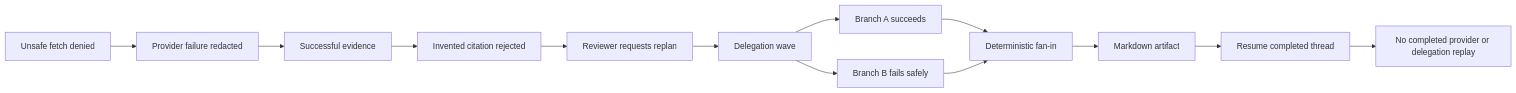
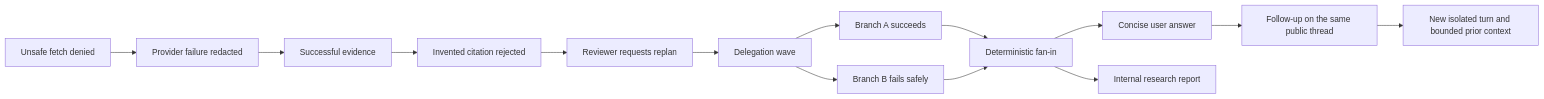
The third of 3 diagrams in README.md (hhtuann/mini-deerflow), drawn with Mermaid before and after one commit. The commit also changed other lines of this file and 46 other files, not shown here.

````diff
--- a/README.md
+++ b/README.md
@@ -160,15 +180,16 @@
 ```mermaid
 flowchart LR
     Unsafe[Unsafe fetch denied] --> Failure[Provider failure redacted]
     Failure --> Evidence[Successful evidence]
     Evidence --> Citation[Invented citation rejected]
     Citation --> Replan[Reviewer requests replan]
     Replan --> Wave[Delegation wave]
     Wave --> A[Branch A succeeds]
     Wave --> B[Branch B fails safely]
     A --> FanIn[Deterministic fan-in]
     B --> FanIn
-    FanIn --> Artifact[Markdown artifact]
-    Artifact --> Resume[Resume completed thread]
-    Resume --> NoReplay[No completed provider or delegation replay]
+    FanIn --> Answer[Concise user answer]
+    FanIn --> Artifact[Internal research report]
+    Answer --> FollowUp[Follow-up on the same public thread]
+    FollowUp --> NewTurn[New isolated turn and bounded prior context]
 ```
````
